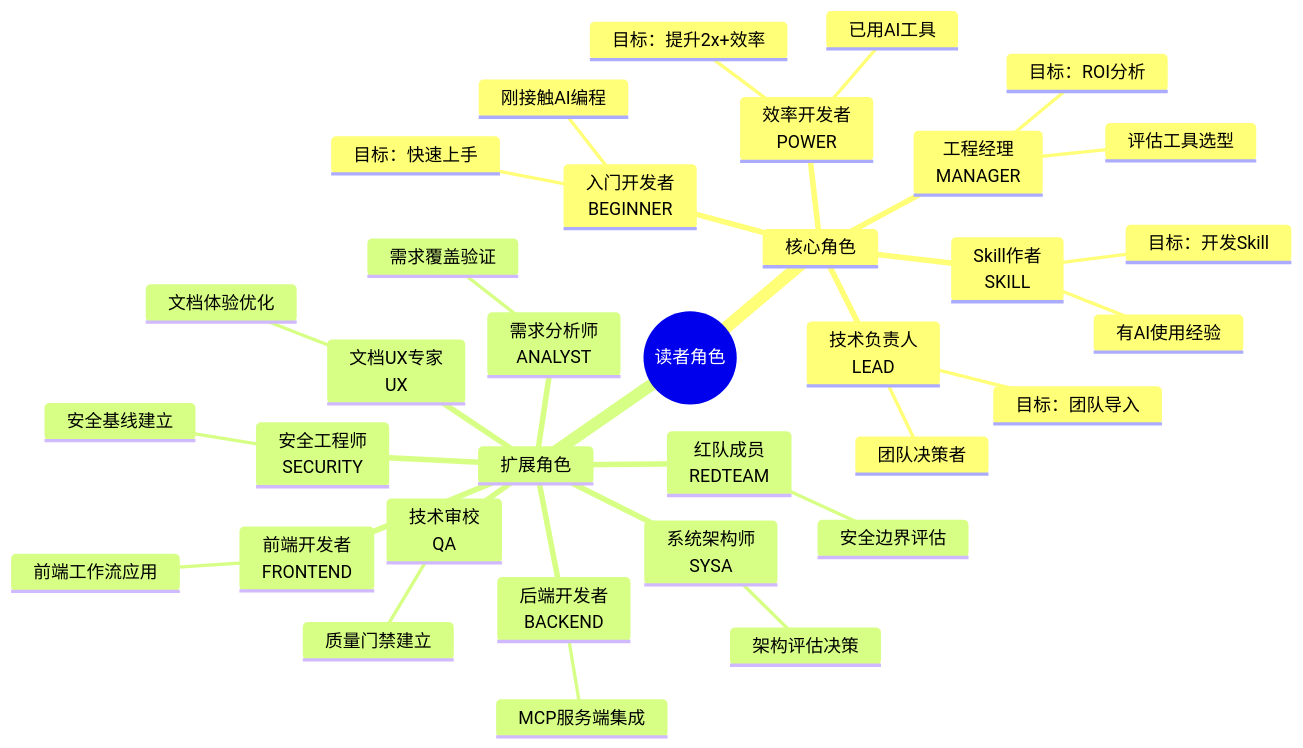
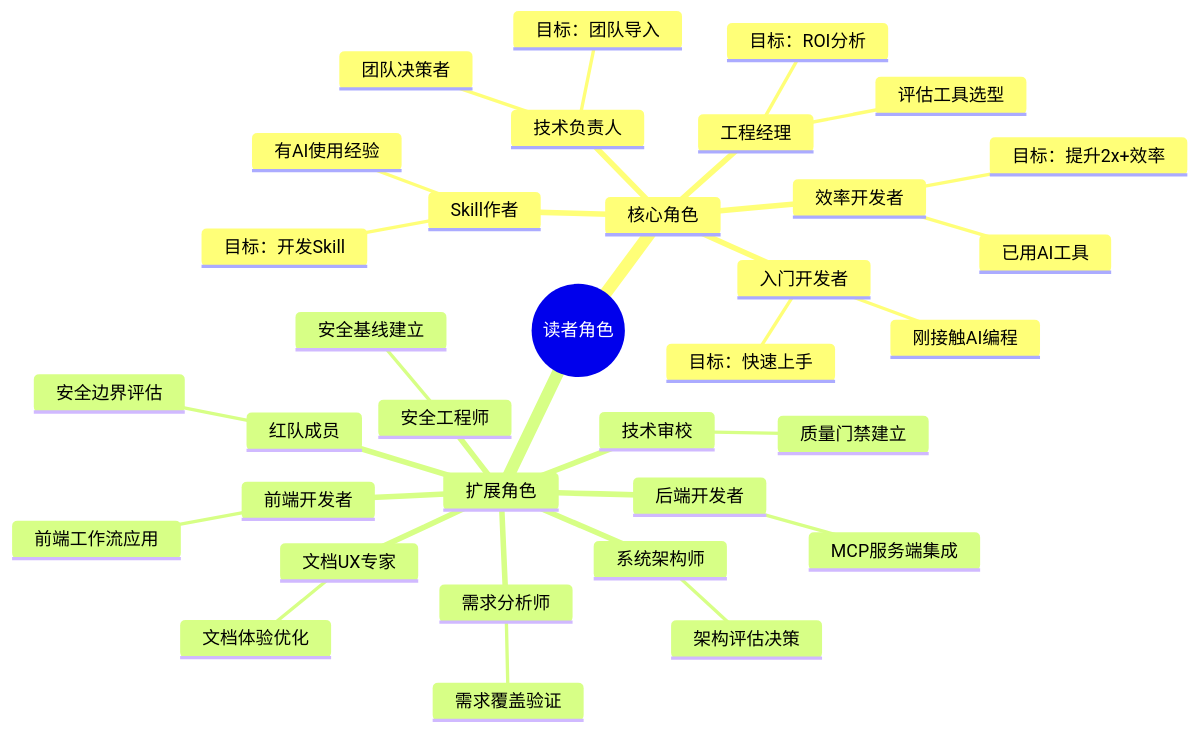
One commit to tonydeng/harness-engineering-from-oc-to-ai-coding changed the first of 3 diagrams in src/00-guide/reading-paths.md. Above: the diagram before and after it, drawn with Mermaid. The commit also changed other lines of this file and 3 other files, not shown here.

````diff
--- a/src/00-guide/reading-paths.md
+++ b/src/00-guide/reading-paths.md
@@ -19,37 +19,37 @@
 ```mermaid
 mindmap
   root((读者角色))
     核心角色
-      入门开发者<br/>BEGINNER
+      入门开发者
         刚接触AI编程
         目标：快速上手
-      效率开发者<br/>POWER
+      效率开发者
         已用AI工具
         目标：提升2x+效率
-      技术负责人<br/>LEAD
+      技术负责人
         团队决策者
         目标：团队导入
-      Skill作者<br/>SKILL
+      Skill作者
         有AI使用经验
         目标：开发Skill
-      工程经理<br/>MANAGER
+      工程经理
         评估工具选型
         目标：ROI分析
     扩展角色
-      需求分析师<br/>ANALYST
+      需求分析师
         需求覆盖验证
-      系统架构师<br/>SYSA
+      系统架构师
         架构评估决策
-      后端开发者<br/>BACKEND
+      后端开发者
         MCP服务端集成
-      前端开发者<br/>FRONTEND
+      前端开发者
         前端工作流应用
-      文档UX专家<br/>UX
+      文档UX专家
         文档体验优化
-      技术审校<br/>QA
+      技术审校
         质量门禁建立
-      安全工程师<br/>SECURITY
+      安全工程师
         安全基线建立
-      红队成员<br/>REDTEAM
+      红队成员
         安全边界评估
 ```
````
